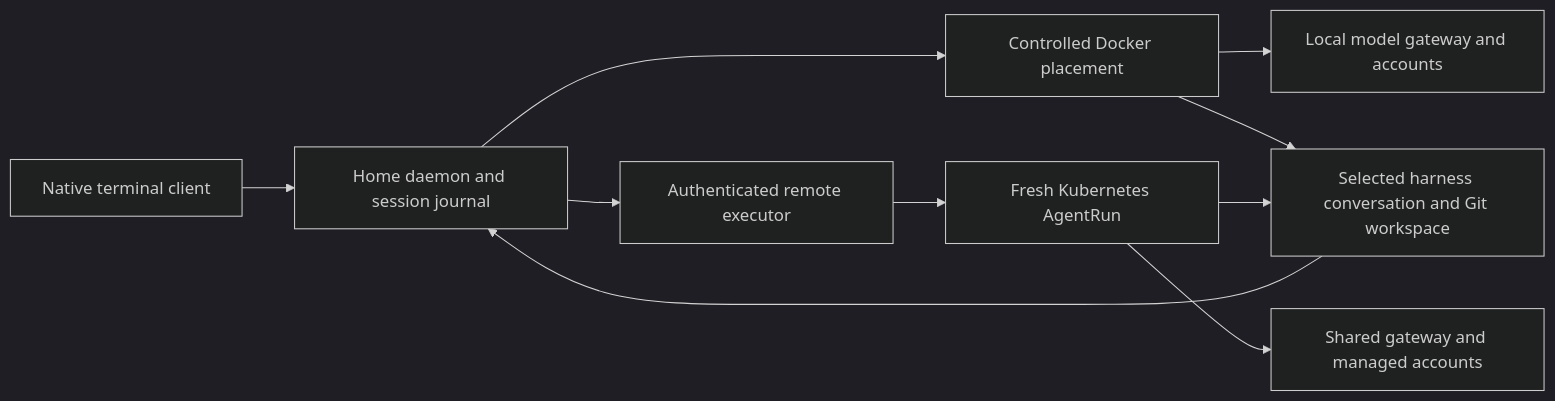
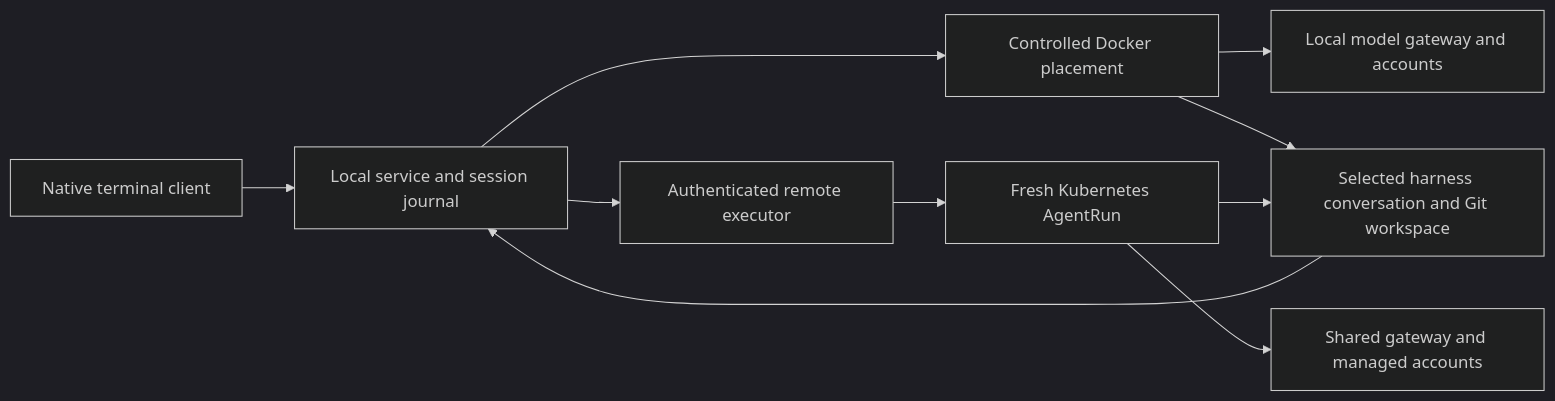
One commit to andrewmccall/sproozi changed the second of 2 diagrams in docs/explanations/system-architecture.md. Above: the diagram before and after it, drawn with Mermaid (dark theme). The commit also changed other lines of this file and 269 other files, not shown here.

````diff
--- a/docs/explanations/system-architecture.md
+++ b/docs/explanations/system-architecture.md
@@ -183,12 +182,12 @@
 ```mermaid
 flowchart LR
-    CLI[Native terminal client] --> Home[Home daemon and session journal]
+    CLI[Native terminal client] --> Home[Local service and session journal]
     Home --> Docker[Controlled Docker placement]
     Home --> Executor[Authenticated remote executor]
     Executor --> Run[Fresh Kubernetes AgentRun]
     Docker --> LocalGateway[Local model gateway and accounts]
     Run --> Gateway[Shared gateway and managed accounts]
     Docker --> Checkpoint[Selected harness conversation and Git workspace]
     Run --> Checkpoint
     Checkpoint --> Home
 ```
````
